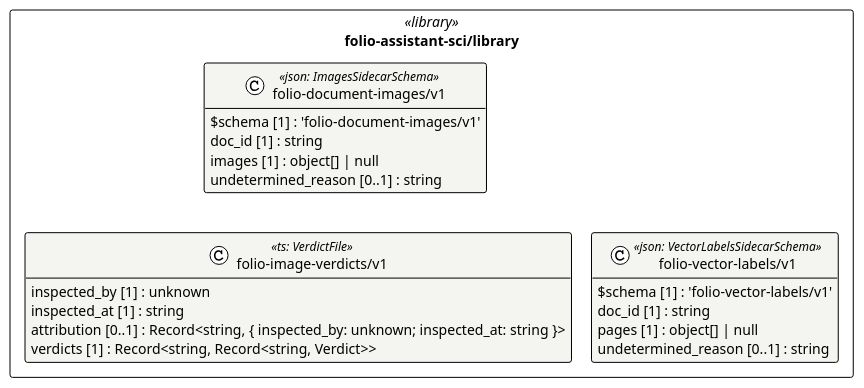
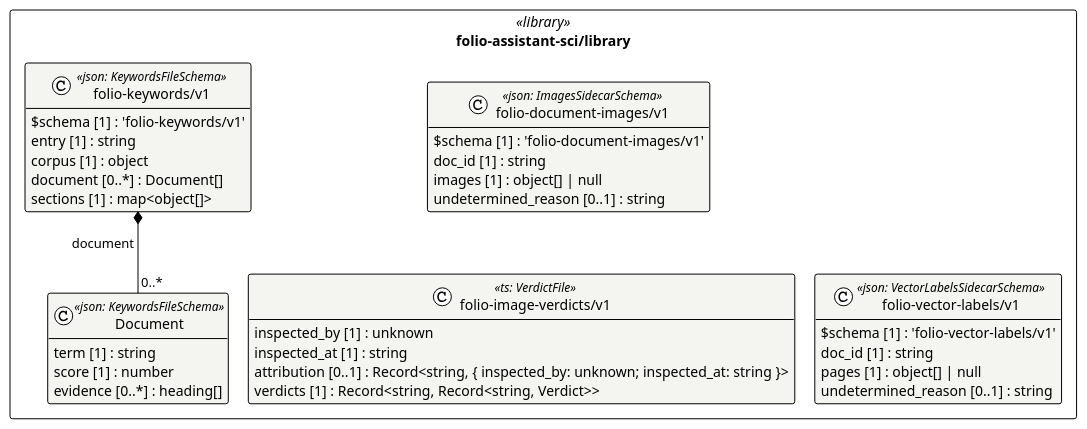
The diagram in cat-harness/uml/overview/folio-assistant-sci/library.puml (litlfred/folio-assistant), drawn with PlantUML before and after one commit. The commit also changed 137 other files, not shown here.

```diff
--- a/cat-harness/uml/overview/folio-assistant-sci/library.puml
+++ b/cat-harness/uml/overview/folio-assistant-sci/library.puml
@@ -3,30 +3,43 @@
 @startuml folio_assistant_sci_library
 !pragma layout elk
 !theme plain
 skinparam classAttributeIconSize 0
 skinparam shadowing false
 skinparam packageStyle rectangle
 hide empty methods
 
 package "folio-assistant-sci/library" as pkg_folio_assistant_sci_library <<library>> {
   class "folio-document-images/v1" as folio_assistant_sci_library_folio_document_images_v1_folio_document_images_v1 <<json: ImagesSidecarSchema>> #f4f4f1 {
     $schema [1] : 'folio-document-images/v1'
     doc_id [1] : string
     images [1] : object[] | null
     undetermined_reason [0..1] : string
   }
   class "folio-image-verdicts/v1" as folio_assistant_sci_library_folio_image_verdicts_v1 <<ts: VerdictFile>> #f4f4f1 {
     inspected_by [1] : unknown
     inspected_at [1] : string
     attribution [0..1] : Record<string, { inspected_by: unknown; inspected_at: string }>
     verdicts [1] : Record<string, Record<string, Verdict>>
   }
   class "folio-vector-labels/v1" as folio_assistant_sci_library_folio_vector_labels_v1_folio_vector_labels_v1 <<json: VectorLabelsSidecarSchema>> #f4f4f1 {
     $schema [1] : 'folio-vector-labels/v1'
     doc_id [1] : string
     pages [1] : object[] | null
     undetermined_reason [0..1] : string
   }
+  class "Document" as folio_assistant_sci_library_folio_keywords_v1_Document <<json: KeywordsFileSchema>> #f4f4f1 {
+    term [1] : string
+    score [1] : number
+    evidence [0..*] : heading[]
+  }
+  class "folio-keywords/v1" as folio_assistant_sci_library_folio_keywords_v1_folio_keywords_v1 <<json: KeywordsFileSchema>> #f4f4f1 {
+    $schema [1] : 'folio-keywords/v1'
+    entry [1] : string
+    corpus [1] : object
+    document [0..*] : Document[]
+    sections [1] : map<object[]>
+  }
 }
 
+folio_assistant_sci_library_folio_keywords_v1_folio_keywords_v1 *-- "0..*" folio_assistant_sci_library_folio_keywords_v1_Document : document
 @enduml
```
